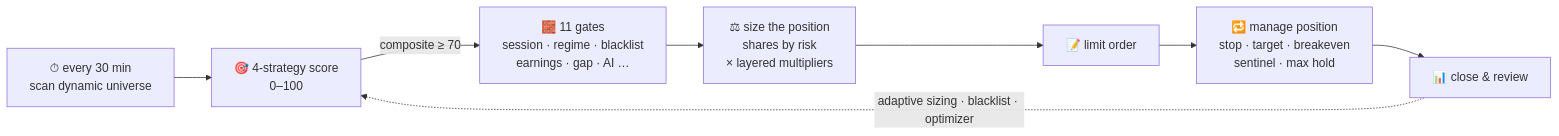
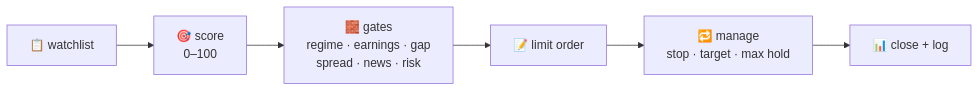
Before and after one commit to ethan6945/MooTrader: the diagram in README.md, drawn with Mermaid. The commit also changed other lines of this file and 16 other files, not shown here.

````diff
--- a/README.md
+++ b/README.md
@@ -318,10 +34,8 @@
 ```mermaid
 flowchart LR
-    A["⏱ every 30 min<br/>scan dynamic universe"] --> B["🎯 4-strategy score<br/>0–100"]
-    B -->|"composite ≥ 70"| C["🧱 11 gates<br/>session · regime · blacklist<br/>earnings · gap · AI …"]
-    C --> D["⚖ size the position<br/>shares by risk<br/>× layered multipliers"]
-    D --> E["📝 limit order"]
-    E --> F["🔁 manage position<br/>stop · target · breakeven<br/>sentinel · max hold"]
-    F --> G["📊 close & review"]
-    G -.->|"adaptive sizing · blacklist · optimizer"| B
+    A["📋 watchlist"] --> B["🎯 score<br/>0–100"]
+    B --> C["🧱 gates<br/>regime · earnings · gap<br/>spread · news · risk"]
+    C --> D["📝 limit order"]
+    D --> E["🔁 manage<br/>stop · target · max hold"]
+    E --> F["📊 close + log"]
 ```
````
